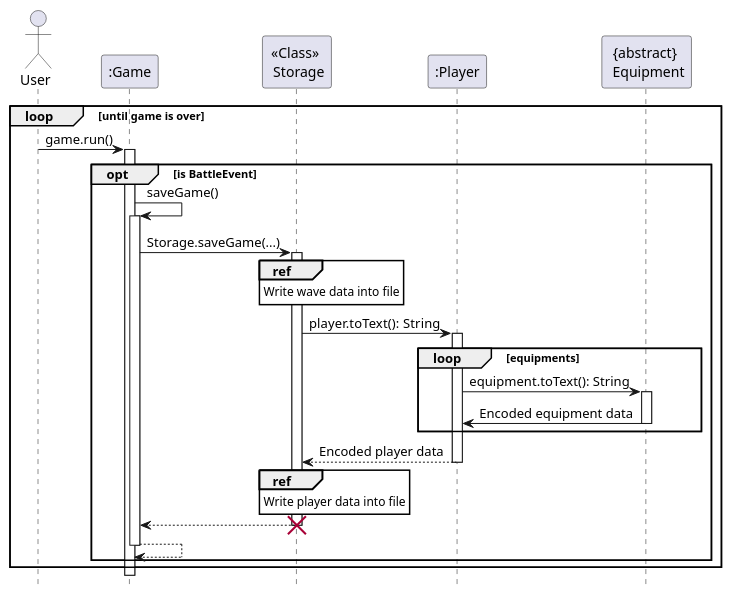
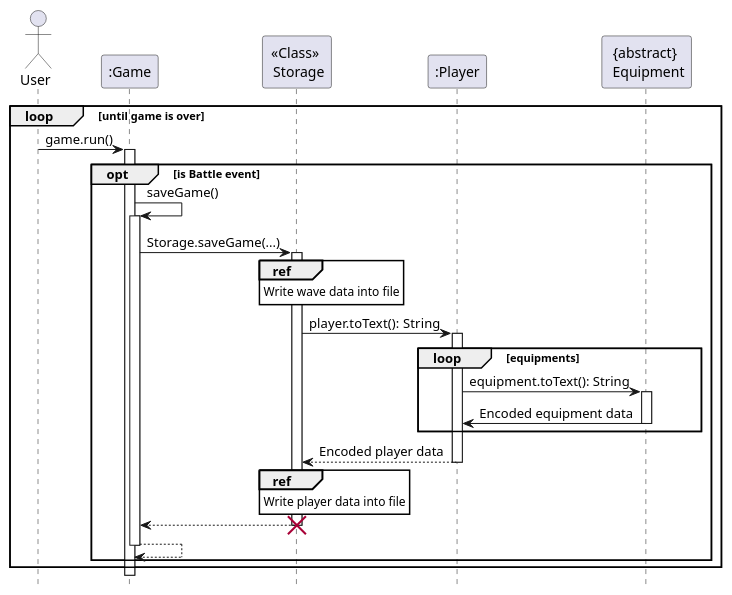
One commit to TiangSoonYong/tp changed the first of 2 diagrams in docs/diagrams/saveSequence.puml. Above: the diagram before and after it, drawn with PlantUML. The commit also changed 4 other files, not shown here.

```diff
--- a/docs/diagrams/saveSequence.puml
+++ b/docs/diagrams/saveSequence.puml
@@ -1,43 +1,43 @@
 @startuml
 hide footbox
 skinparam sequenceReferenceBackgroundColor #FFFFFF
 actor User
 
 participant ":Game" as Game
 participant "<<Class>> \n Storage" as Storage
 participant ":Player" as Player
 participant "{abstract} \n Equipment" as Equipment
 
 loop until game is over
     User->Game : game.run()
     activate Game
-    opt is BattleEvent
+    opt is Battle event
         Game->Game:saveGame()
         activate Game
         Game->Storage: Storage.saveGame(...)
         activate Storage
 
         ref over Storage
             Write wave data into file
         end ref
         Storage -> Player: player.toText(): String
         activate Player
         loop equipments
         Player -> Equipment: equipment.toText(): String
         activate Equipment
         Equipment -> Player: Encoded equipment data
         deactivate Equipment
         end equipments
         Player --> Storage: Encoded player data
         deactivate Player
         ref over Storage
             Write player data into file
         end ref
 
         Storage --> Game
         destroy Storage
         Game --> Game
         deactivate Game
     end opt
 end loop
 @enduml
```
